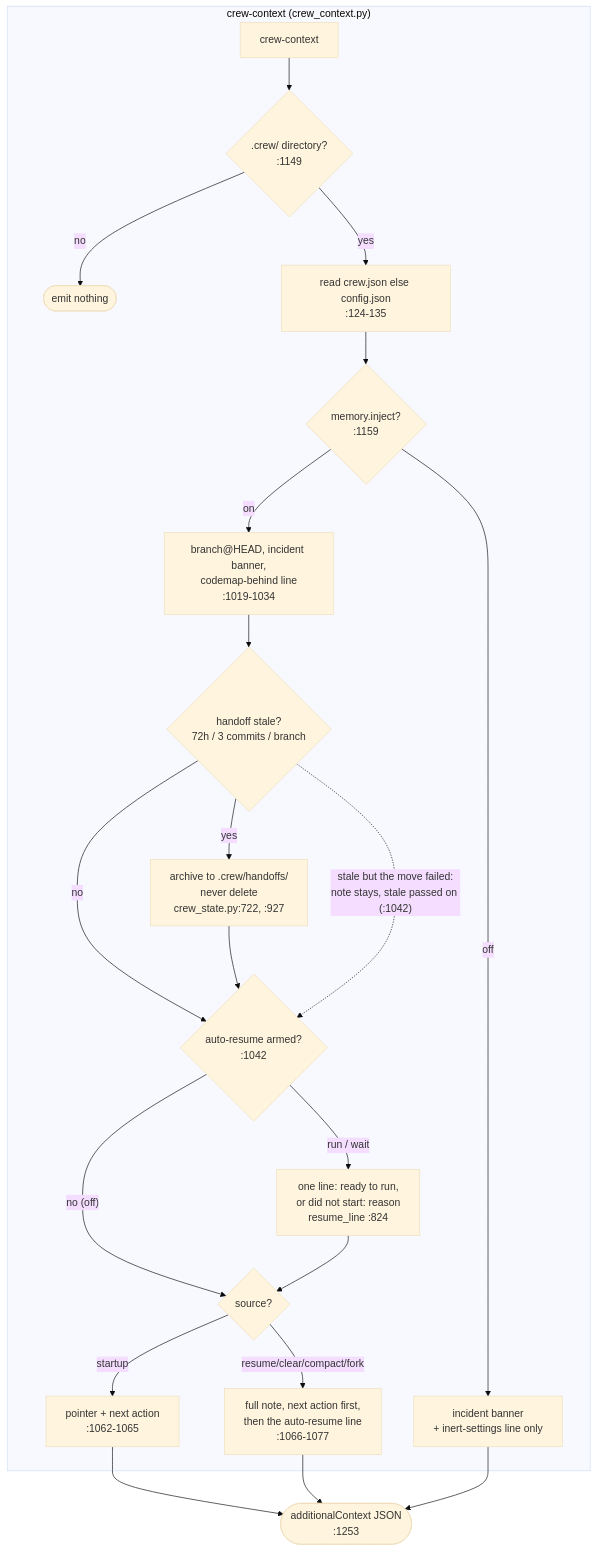
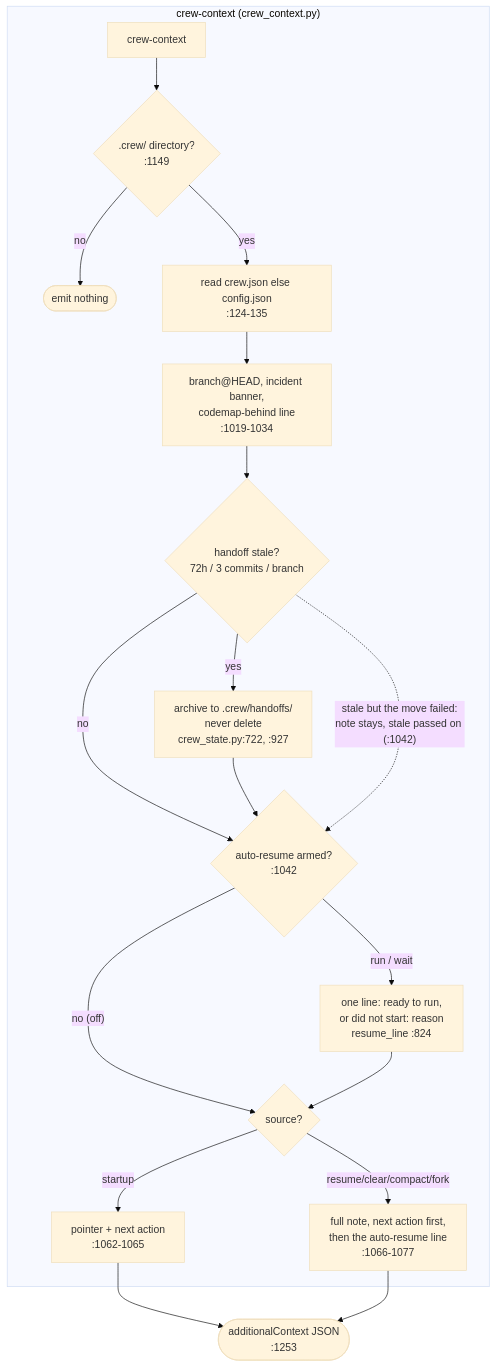
Before and after one commit to mbadali25/useful-claude-add-ons: diagram 22 of 38 in docs/diagrams/README.md, drawn with Mermaid (base theme). The commit also changed other lines of this file and 98 other files, not shown here.

Commit message:
L-0725: docs sweep, rebuilt guides and diagrams, test fixes, migrate.md within budget

````diff
--- a/docs/diagrams/README.md
+++ b/docs/diagrams/README.md
@@ -907,27 +920,24 @@
 ```mermaid
 flowchart TB
     CC[crew-context]
     subgraph crewContext["crew-context (crew_context.py)"]
         CC --> cc1{".crew/ directory?<br/>:1149"}
         cc1 -- no --> ccx([emit nothing])
         cc1 -- yes --> cc2["read crew.json else config.json<br/>:124-135"]
-        cc2 --> cc3{"memory.inject?<br/>:1159"}
-        cc3 -- off --> cc4[incident banner<br/>+ inert-settings line only]
-        cc3 -- on --> cc5["branch@HEAD, incident banner,<br/>codemap-behind line<br/>:1019-1034"]
+        cc2 --> cc5["branch@HEAD, incident banner,<br/>codemap-behind line<br/>:1019-1034"]
         cc5 --> stale{"handoff stale?<br/>72h / 3 commits / branch"}
         stale -- yes --> arch["archive to .crew/handoffs/<br/>never delete<br/>crew_state.py:722, :927"]
         stale -- no --> cc6
         arch --> cc6
         stale -. "stale but the move failed:<br/>note stays, stale passed on (:1042)" .-> cc6
         cc6{"auto-resume armed?<br/>:1042"}
         cc6 -- "no (off)" --> src{"source?"}
         cc6 -- "run / wait" --> rs1["one line: ready to run,<br/>or did not start: reason<br/>resume_line :824"]
         rs1 --> src
         src -- startup --> ptr["pointer + next action<br/>:1062-1065"]
         src -- "resume/clear/compact/fork" --> full["full note, next action first,<br/>then the auto-resume line<br/>:1066-1077"]
     end
 
     ptr --> out(["additionalContext JSON<br/>:1253"])
     full --> out
-    cc4 --> out
 ```
````
